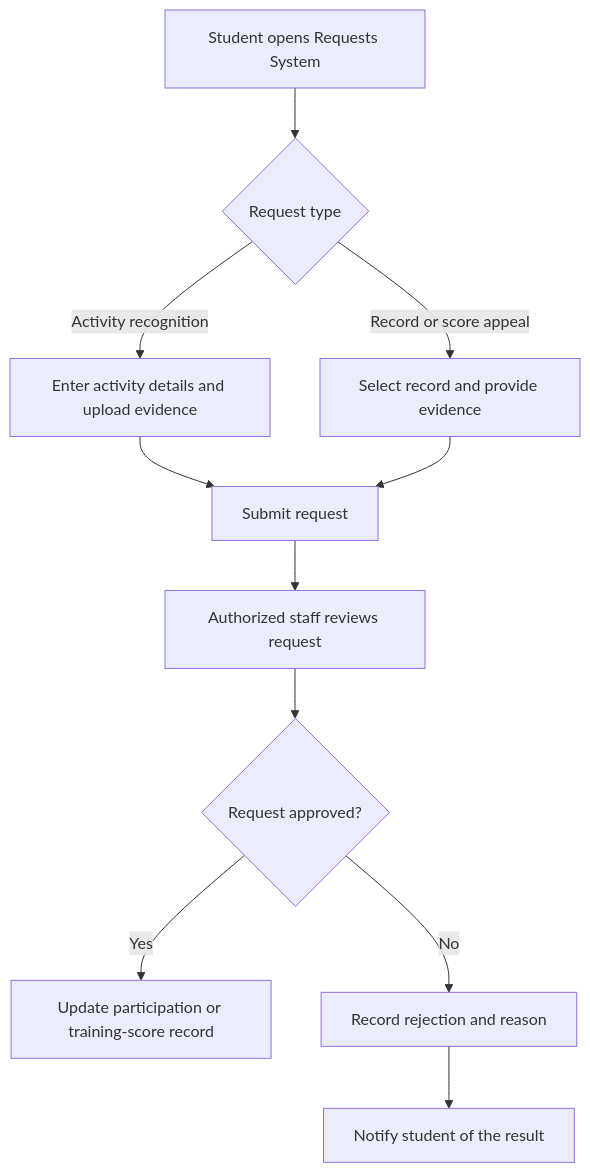
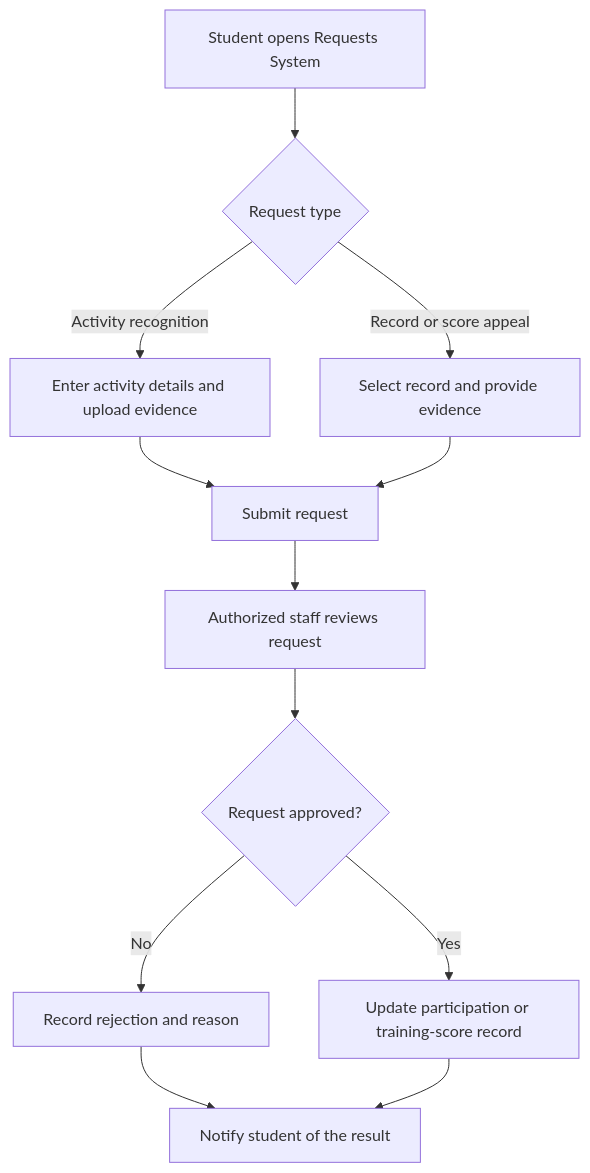
The second of 2 diagrams in docs/requirements/vision-document.md (APCSk24-CS300/cs300-project), drawn with Mermaid before and after one commit.

Commit message:
Add flow from update record to notification

````diff
--- a/docs/requirements/vision-document.md
+++ b/docs/requirements/vision-document.md
@@ -90,14 +90,15 @@
 ```mermaid
 flowchart TD
     A[Student opens Requests System] --> B{Request type}
     B -- Activity recognition --> C[Enter activity details and upload evidence]
     B -- Record or score appeal --> D[Select record and provide evidence]
     C --> E[Submit request]
     D --> E
     E --> F[Authorized staff reviews request]
     F --> G{Request approved?}
     G -- Yes --> H[Update participation or training-score record]
     G -- No --> I[Record rejection and reason]
     I --> J[Notify student of the result]
+    H --> J
 
 ```
````
